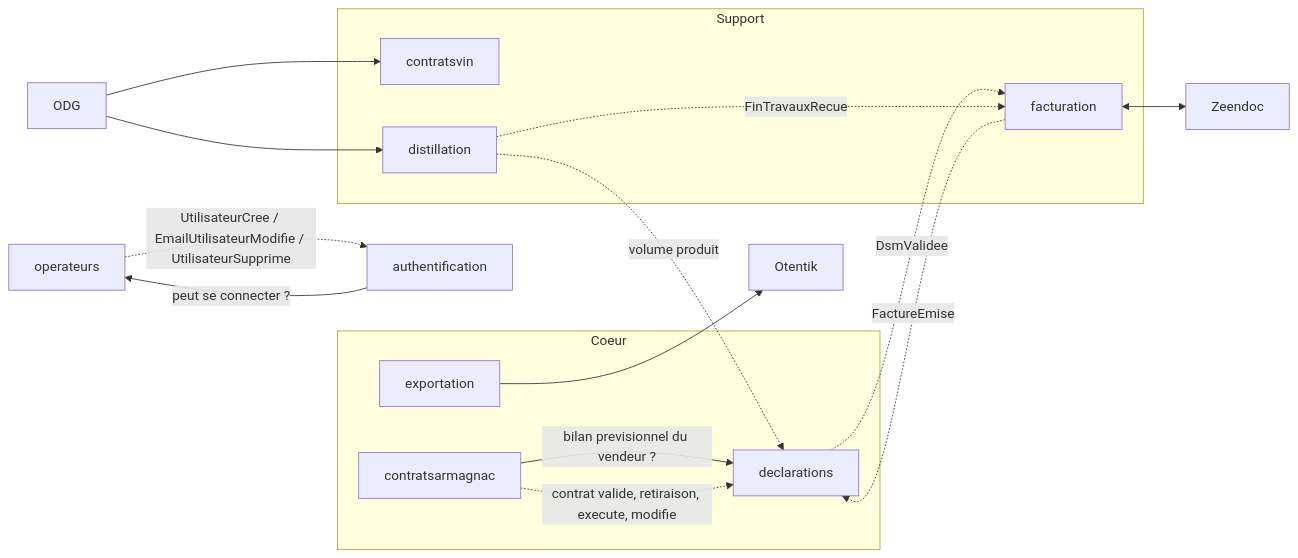
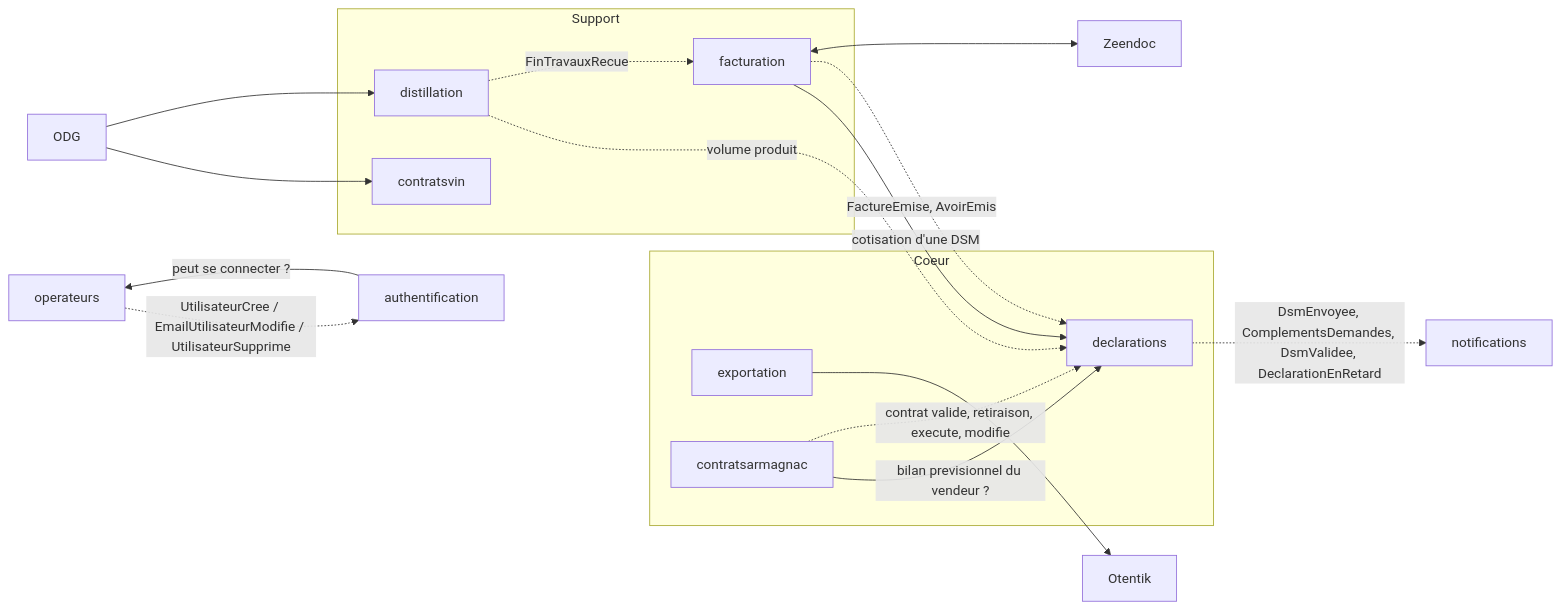
One commit to izidoor/demo-armagnac changed the diagram in docs/contextes.md. Above: the diagram before and after it, drawn with Mermaid. The commit also changed other lines of this file and 12 other files, not shown here.

````diff
--- a/docs/contextes.md
+++ b/docs/contextes.md
@@ -196,34 +195,36 @@
 ```mermaid
 flowchart LR
   ODG["ODG"]
   ZEE[Zeendoc]
   OTE[Otentik]
 
   OPE[operateurs]
   AUT[authentification]
   AUT -->|"peut se connecter ?"| OPE
   OPE -.->|"UtilisateurCree / EmailUtilisateurModifie / UtilisateurSupprime"| AUT
 
   subgraph Coeur
     DEC[declarations]
     EXP[exportation]
     CAR[contratsarmagnac]
   end
 
   subgraph Support
     FAC[facturation]
     CVI[contratsvin]
     DIS[distillation]
   end
 
   ODG --> CVI
   ODG --> DIS
   CAR -->|"bilan previsionnel du vendeur ?"| DEC
   CAR -.->|"contrat valide, retiraison, execute, modifie"| DEC
   DIS -.->|"volume produit"| DEC
-  DEC -.->|"DsmValidee"| FAC
+  NOT[notifications]
+  FAC -->|"cotisation d'une DSM"| DEC
+  FAC -.->|"FactureEmise, AvoirEmis"| DEC
+  DEC -.->|"DsmEnvoyee, ComplementsDemandes, DsmValidee, DeclarationEnRetard"| NOT
   DIS -.->|"FinTravauxRecue"| FAC
-  FAC -.->|"FactureEmise"| DEC
   FAC <--> ZEE
   EXP --> OTE
 ```
````
